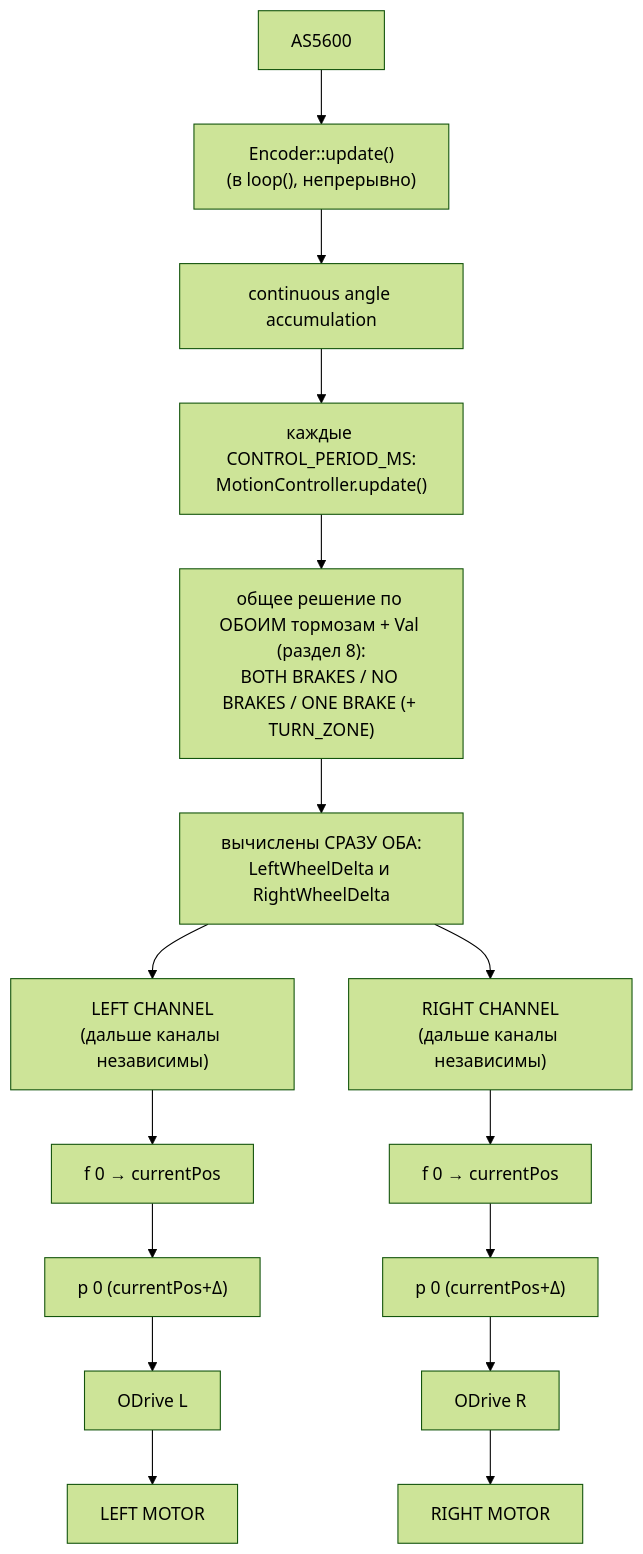
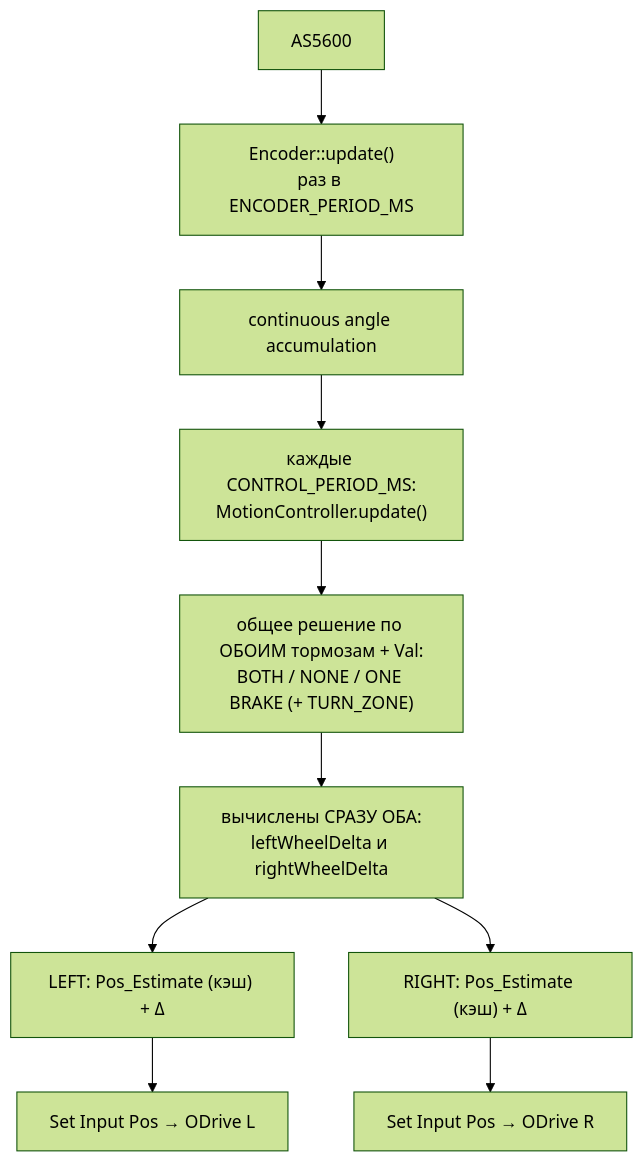
The diagram in firmware/ESP32ELLIC/MAIN/ELLIC_spec.md (Dvijtech/ellic), drawn with Mermaid (forest theme) before and after one commit. The commit also changed other lines of this file and 14 other files, not shown here.

````diff
--- a/firmware/ESP32ELLIC/MAIN/ELLIC_spec.md
+++ b/firmware/ESP32ELLIC/MAIN/ELLIC_spec.md
@@ -100,18 +53,12 @@
 ```mermaid
 flowchart TD
-    AS5600 --> ENC["Encoder::update()<br/>(в loop(), непрерывно)"]
+    AS5600 --> ENC["Encoder::update()<br/>раз в ENCODER_PERIOD_MS"]
     ENC --> ACC[continuous angle accumulation]
     ACC --> MC["каждые CONTROL_PERIOD_MS:<br/>MotionController.update()"]
-    MC --> DEC["общее решение по ОБОИМ тормозам + Val (раздел 8):<br/>BOTH BRAKES / NO BRAKES / ONE BRAKE (+ TURN_ZONE)"]
-    DEC --> BOTH["вычислены СРАЗУ ОБА:<br/>LeftWheelDelta и RightWheelDelta"]
-    BOTH --> LEFT["LEFT CHANNEL<br/>(дальше каналы независимы)"]
-    BOTH --> RIGHT["RIGHT CHANNEL<br/>(дальше каналы независимы)"]
-    LEFT --> LF["f 0 → currentPos"]
-    RIGHT --> RF["f 0 → currentPos"]
-    LF --> LP["p 0 (currentPos+Δ)"]
-    RF --> RP["p 0 (currentPos+Δ)"]
-    LP --> OL[ODrive L]
-    RP --> OR[ODrive R]
-    OL --> LM[LEFT MOTOR]
-    OR --> RM[RIGHT MOTOR]
+    MC --> DEC["общее решение по ОБОИМ тормозам + Val:<br/>BOTH / NONE / ONE BRAKE (+ TURN_ZONE)"]
+    DEC --> BOTH["вычислены СРАЗУ ОБА:<br/>leftWheelDelta и rightWheelDelta"]
+    BOTH --> LEFT["LEFT: Pos_Estimate (кэш) + Δ"]
+    BOTH --> RIGHT["RIGHT: Pos_Estimate (кэш) + Δ"]
+    LEFT --> LP["Set Input Pos → ODrive L"]
+    RIGHT --> RP["Set Input Pos → ODrive R"]
 ```
````
